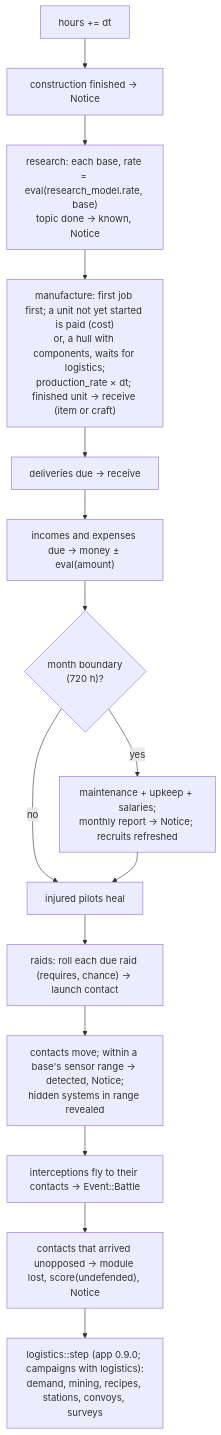
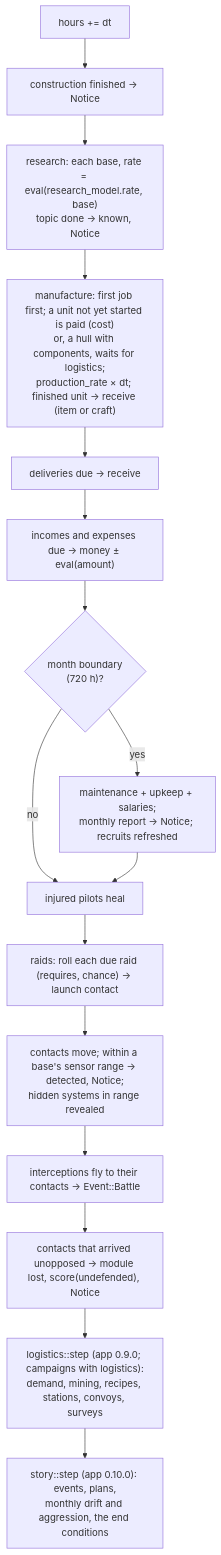
One commit to bbogovich/OpenInterceptor changed the third of 8 diagrams in docs/implementation/architecture/campaign.md. Above: the diagram before and after it, drawn with Mermaid. The commit also changed other lines of this file and 39 other files, not shown here.

````diff
--- a/docs/implementation/architecture/campaign.md
+++ b/docs/implementation/architecture/campaign.md
@@ -105,17 +113,18 @@
 ```mermaid
 flowchart TD
     A["hours += dt"] --> B["construction finished → Notice"]
     B --> C["research: each base, rate = eval(research_model.rate, base)<br/>topic done → known, Notice"]
     C --> D["manufacture: first job first; a unit not yet started is paid (cost)<br/>or, a hull with components, waits for logistics;<br/>production_rate × dt; finished unit → receive (item or craft)"]
     D --> E["deliveries due → receive"]
     E --> F["incomes and expenses due → money ± eval(amount)"]
     F --> G{"month boundary<br/>(720 h)?"}
     G -->|yes| H["maintenance + upkeep + salaries;<br/>monthly report → Notice; recruits refreshed"]
     G -->|no| I
     H --> I["injured pilots heal"]
     I --> J["raids: roll each due raid (requires, chance) → launch contact"]
     J --> K["contacts move; within a base's sensor range → detected, Notice;<br/>hidden systems in range revealed"]
     K --> L["interceptions fly to their contacts → Event::Battle"]
     L --> M["contacts that arrived unopposed → module lost, score(undefended), Notice"]
     M --> N["logistics::step (app 0.9.0; campaigns with logistics):<br/>demand, mining, recipes, stations, convoys, surveys"]
+    N --> O["story::step (app 0.10.0): events, plans,<br/>monthly drift and aggression, the end conditions"]
 ```
````
